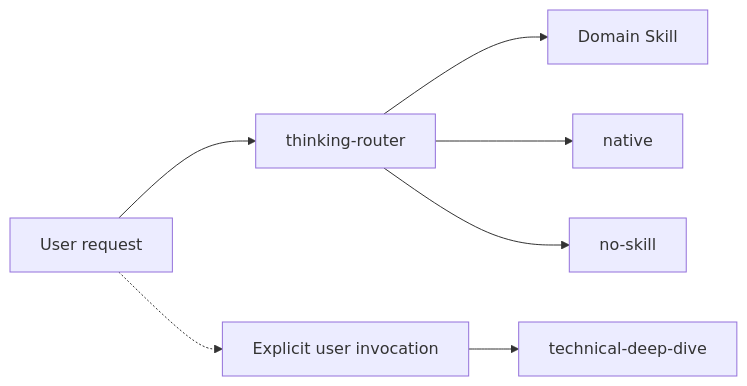
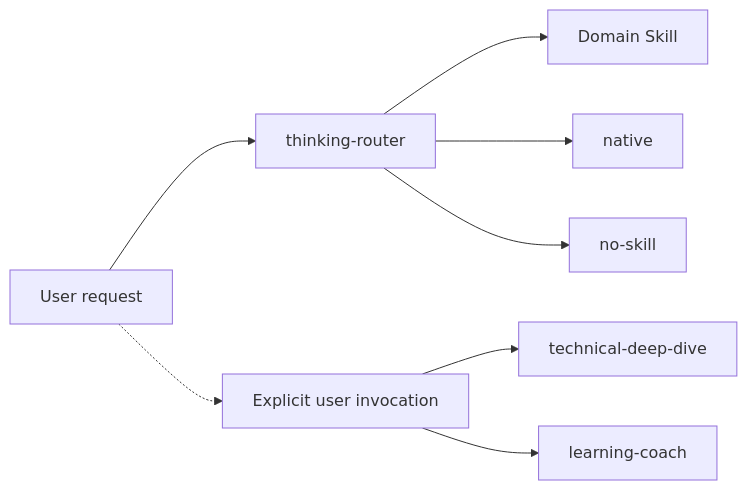
The diagram in README.md (huajiexiewenfeng/thinking-skills), drawn with Mermaid before and after one commit. The commit also changed other lines of this file and 10 other files, not shown here.

````diff
--- a/README.md
+++ b/README.md
@@ -7,9 +7,10 @@
 ```mermaid
 flowchart LR
   Request["User request"] --> Router["thinking-router"]
   Router --> Domain["Domain Skill"]
   Router --> Native["native"]
   Router --> NoSkill["no-skill"]
   Request -.-> Explicit["Explicit user invocation"]
   Explicit --> TDD["technical-deep-dive"]
+  Explicit --> Learning["learning-coach"]
 ```
````
